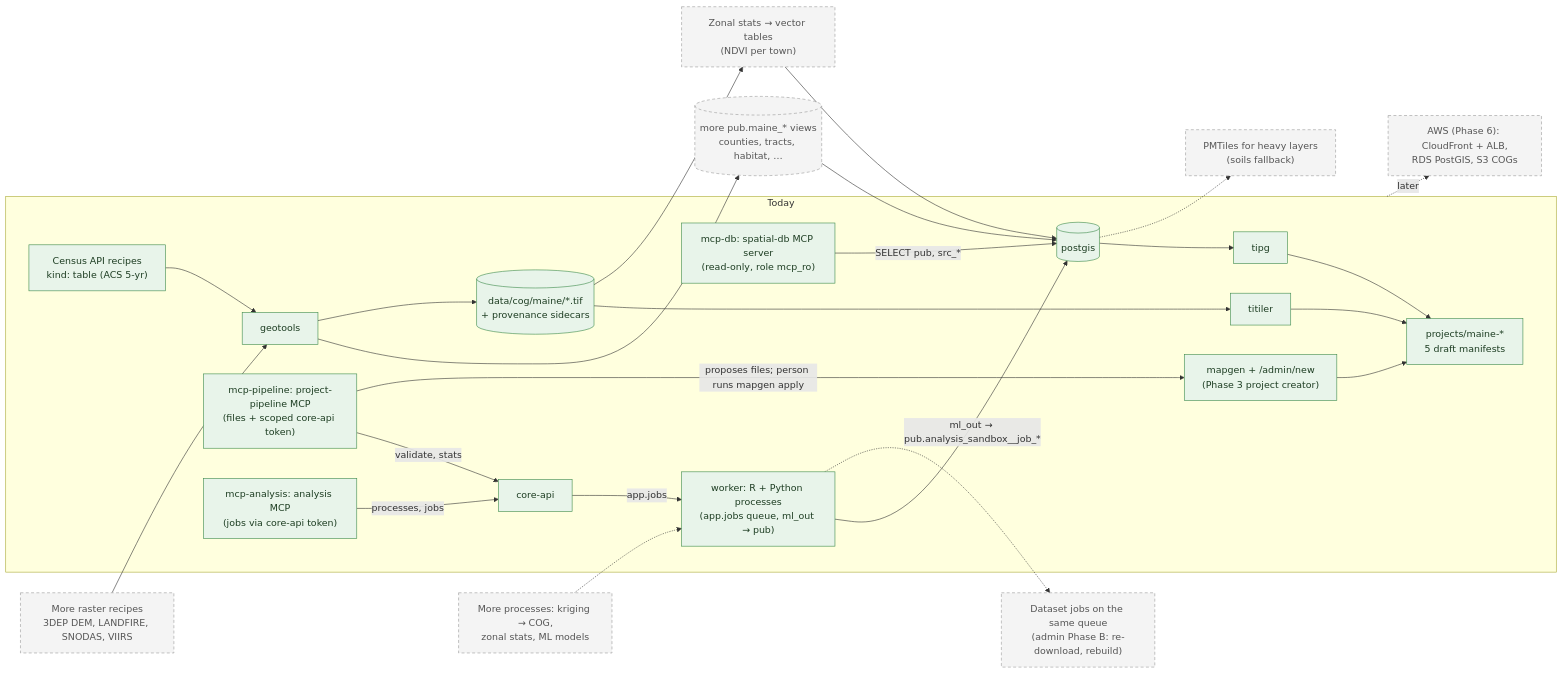
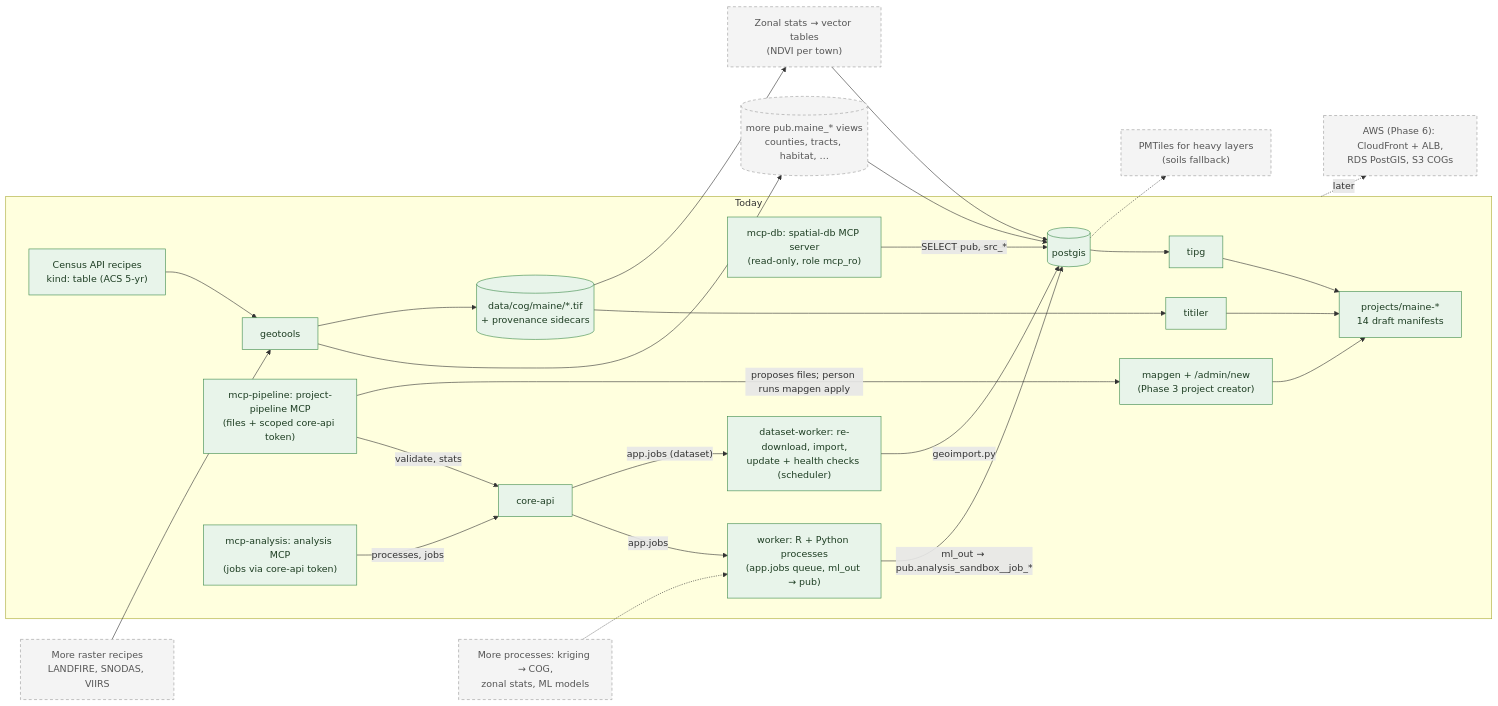
One commit to rwspatial/everything changed the fourth of 4 diagrams in docs/architecture.md. Above: the diagram before and after it, drawn with Mermaid. The commit also changed other lines of this file and 103 other files, not shown here.

````diff
--- a/docs/architecture.md
+++ b/docs/architecture.md
@@ -133,46 +133,46 @@
 ```mermaid
 flowchart LR
   classDef now fill:#e8f4ea,stroke:#3c8a4a,color:#1d3d22
   classDef todo fill:#f4f4f4,stroke:#999,stroke-dasharray:5 4,color:#555
 
   subgraph today["Today"]
     tipg["tipg"]:::now
     titiler["titiler"]:::now
     postgis[("postgis")]:::now
     core_api["core-api"]:::now
     geotools["geotools"]:::now
-    maine_proj["projects/maine-*<br/>5 draft manifests"]:::now
+    maine_proj["projects/maine-*<br/>14 draft manifests"]:::now
     census["Census API recipes<br/>kind: table (ACS 5-yr)"]:::now
     mapgen["mapgen + /admin/new<br/>(Phase 3 project creator)"]:::now
     mcp_db["mcp-db: spatial-db MCP server<br/>(read-only, role mcp_ro)"]:::now
     mcp_pipe["mcp-pipeline: project-pipeline MCP<br/>(files + scoped core-api token)"]:::now
     worker["worker: R + Python processes<br/>(app.jobs queue, ml_out → pub)"]:::now
+    dataset_worker["dataset-worker: re-download, import,<br/>update + health checks (scheduler)"]:::now
     mcp_an["mcp-analysis: analysis MCP<br/>(jobs via core-api token)"]:::now
     cogs[("data/cog/maine/*.tif<br/>+ provenance sidecars")]:::now
   end
 
   maine_views[("more pub.maine_* views<br/>counties, tracts, habitat, …")]:::todo
-  rasters["More raster recipes<br/>3DEP DEM, LANDFIRE, SNODAS, VIIRS"]:::todo
+  rasters["More raster recipes<br/>LANDFIRE, SNODAS, VIIRS"]:::todo
   zonal["Zonal stats → vector tables<br/>(NDVI per town)"]:::todo
-  dataset_jobs["Dataset jobs on the same queue<br/>(admin Phase B: re-download, rebuild)"]:::todo
   pmtiles["PMTiles for heavy layers<br/>(soils fallback)"]:::todo
   more_procs["More processes: kriging → COG,<br/>zonal stats, ML models"]:::todo
   aws["AWS (Phase 6): CloudFront + ALB,<br/>RDS PostGIS, S3 COGs"]:::todo
 
   census --> geotools
   geotools --> maine_views
   maine_views --> postgis
   postgis --> tipg --> maine_proj
   rasters --> geotools --> cogs --> titiler --> maine_proj
   cogs --> zonal --> postgis
   core_api -->|"app.jobs"| worker -->|"ml_out → pub.analysis_sandbox__job_*"| postgis
-  worker -.-> dataset_jobs
+  core_api -->|"app.jobs (dataset)"| dataset_worker -->|"geoimport.py"| postgis
   more_procs -.-> worker
   mcp_an -->|"processes, jobs"| core_api
   postgis -.-> pmtiles
   mcp_db -->|"SELECT pub, src_*"| postgis
   mcp_pipe -->|"validate, stats"| core_api
   mcp_pipe -->|"proposes files; person runs mapgen apply"| mapgen
   mapgen --> maine_proj
   today -.->|later| aws
 ```
````
